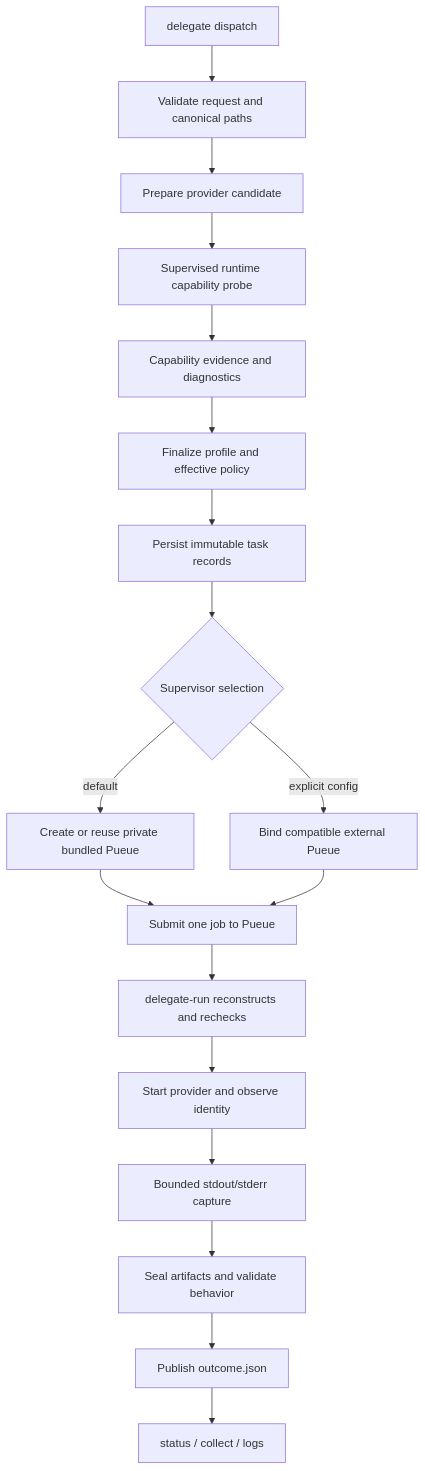
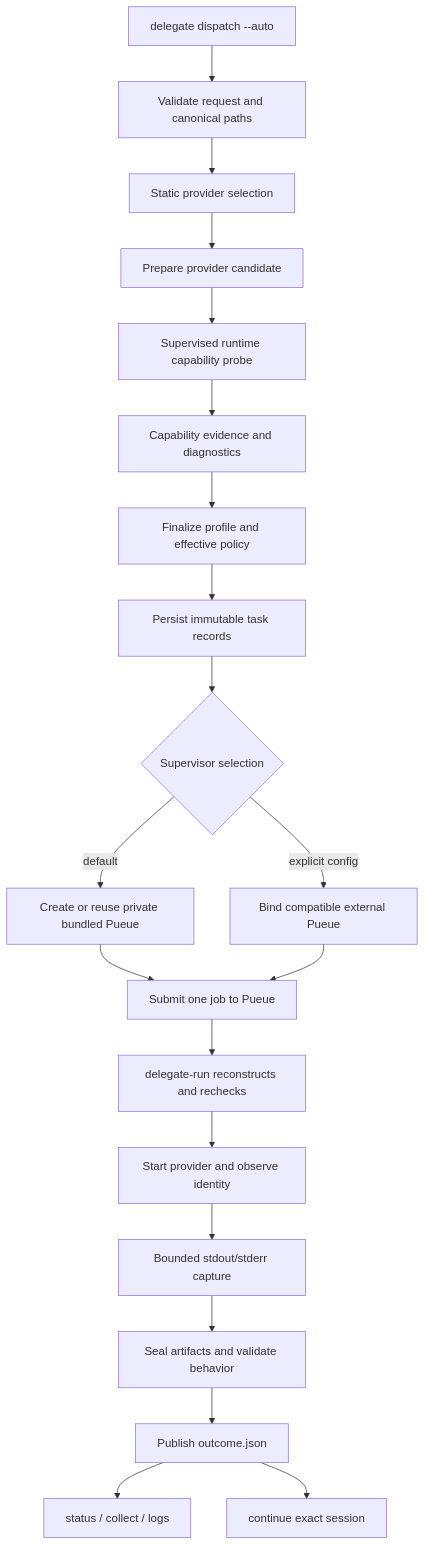
One commit to hishamkaram/delegation-layer changed the diagram in docs/architecture.md. Above: the diagram before and after it, drawn with Mermaid. The commit also changed other lines of this file and 72 other files, not shown here.

````diff
--- a/docs/architecture.md
+++ b/docs/architecture.md
@@ -8,20 +8,22 @@
 ```mermaid
 flowchart TD
-    A[delegate dispatch] --> B[Validate request and canonical paths]
-    B --> C[Prepare provider candidate]
-    C --> D[Supervised runtime capability probe]
-    D --> E[Capability evidence and diagnostics]
-    E --> F[Finalize profile and effective policy]
-    F --> G[Persist immutable task records]
-    G --> H{Supervisor selection}
-    H -->|default| I[Create or reuse private bundled Pueue]
-    H -->|explicit config| I2[Bind compatible external Pueue]
-    I --> J[Submit one job to Pueue]
-    I2 --> J
-    J --> K[delegate-run reconstructs and rechecks]
-    K --> L[Start provider and observe identity]
-    L --> M[Bounded stdout/stderr capture]
-    M --> N[Seal artifacts and validate behavior]
-    N --> O[Publish outcome.json]
-    O --> P[status / collect / logs]
+    A[delegate dispatch --auto] --> B[Validate request and canonical paths]
+    B --> C[Static provider selection]
+    C --> D[Prepare provider candidate]
+    D --> E[Supervised runtime capability probe]
+    E --> F[Capability evidence and diagnostics]
+    F --> G[Finalize profile and effective policy]
+    G --> H[Persist immutable task records]
+    H --> I{Supervisor selection}
+    I -->|default| J[Create or reuse private bundled Pueue]
+    I -->|explicit config| J2[Bind compatible external Pueue]
+    J --> K[Submit one job to Pueue]
+    J2 --> K
+    K --> L[delegate-run reconstructs and rechecks]
+    L --> M[Start provider and observe identity]
+    M --> N[Bounded stdout/stderr capture]
+    N --> O[Seal artifacts and validate behavior]
+    O --> P[Publish outcome.json]
+    P --> Q[status / collect / logs]
+    P --> R[continue exact session]
 ```
````
